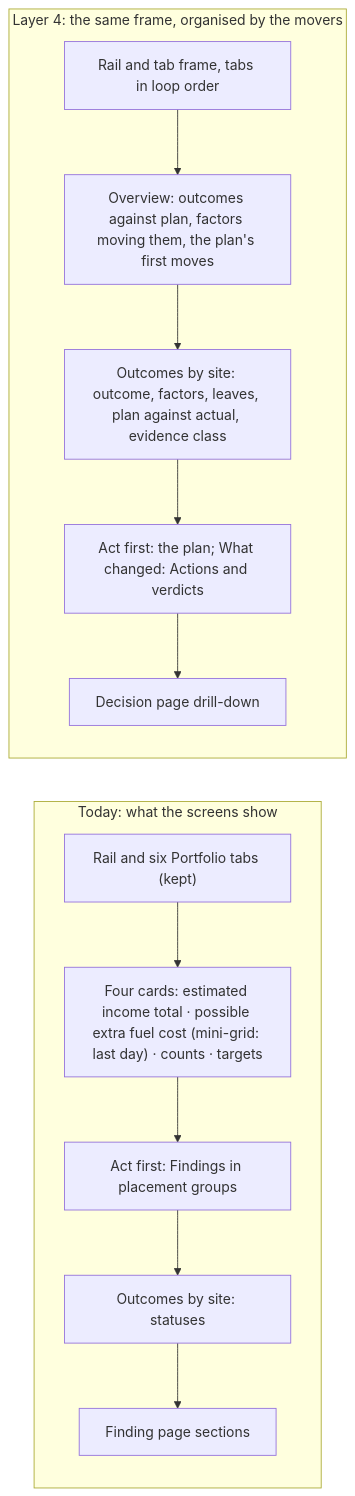
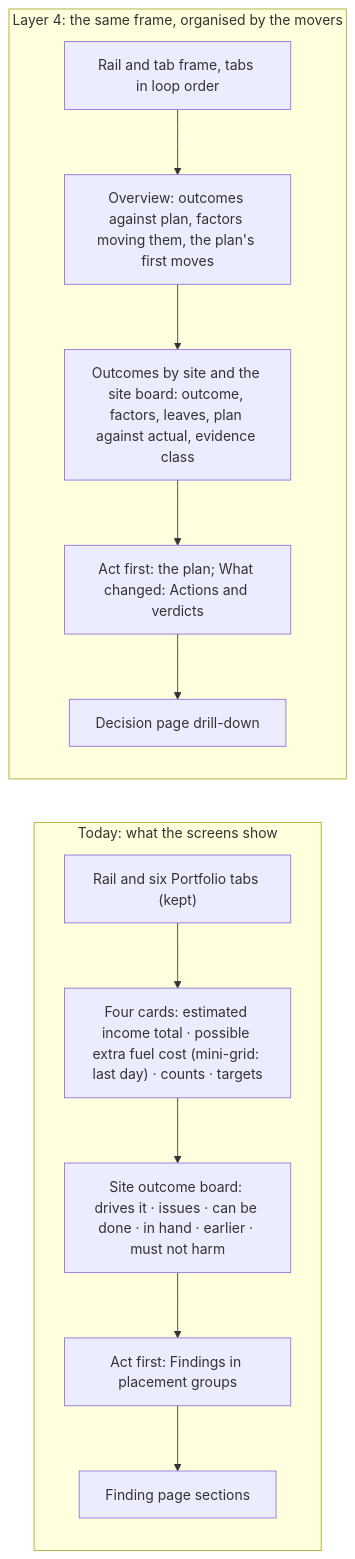
Before and after one commit to bineyame/AssetOpsV1: the third of 7 diagrams in Docs/demo-sprint/product-direction-layer4/layer4-transformation-design.md, drawn with Mermaid. The commit also changed other lines of this file and 8 other files, not shown here.

First line of the commit message:
Layer 4 design §0: review fixes H1, M1-M5, L1-L6 (site outcome board as first factor view)

````diff
--- a/Docs/demo-sprint/product-direction-layer4/layer4-transformation-design.md
+++ b/Docs/demo-sprint/product-direction-layer4/layer4-transformation-design.md
@@ -173,13 +196,13 @@
 ```mermaid
 flowchart LR
   subgraph T["Today: what the screens show"]
     direction TB
     RT["Rail and six Portfolio tabs (kept)"] --> CA["Four cards: estimated income total · possible extra fuel cost (mini-grid: last day) · counts · targets"]
-    CA --> AF["Act first: Findings in placement groups"] --> OS["Outcomes by site: statuses"] --> FP["Finding page sections"]
+    CA --> OBD["Site outcome board: drives it · issues · can be done · in hand · earlier · must not harm"] --> AF["Act first: Findings in placement groups"] --> FP["Finding page sections"]
   end
   subgraph L["Layer 4: the same frame, organised by the movers"]
     direction TB
     RL["Rail and tab frame, tabs in loop order"] --> OV["Overview: outcomes against plan, factors moving them, the plan's first moves"]
-    OV --> OF["Outcomes by site: outcome, factors, leaves, plan against actual, evidence class"] --> PA["Act first: the plan; What changed: Actions and verdicts"] --> DP["Decision page drill-down"]
+    OV --> OF["Outcomes by site and the site board: outcome, factors, leaves, plan against actual, evidence class"] --> PA["Act first: the plan; What changed: Actions and verdicts"] --> DP["Decision page drill-down"]
   end
 ```
````
